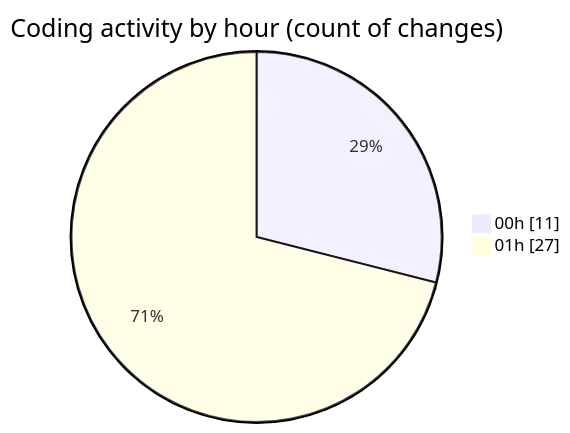
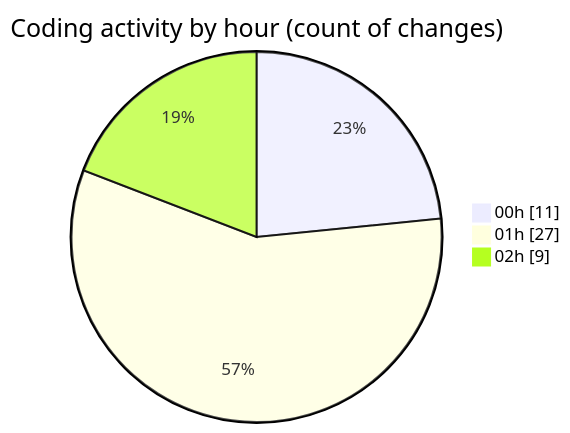
One commit to 3Nya3/code-tracking changed the second of 2 diagrams in 2025-01-02/mods/README.md. Above: the diagram before and after it, drawn with Mermaid. The commit also changed other lines of this file and 1 other file, not shown here.

````diff
--- a/2025-01-02/mods/README.md
+++ b/2025-01-02/mods/README.md
@@ -29,6 +31,7 @@
 ```mermaid
 pie showData
 title Coding activity by hour (count of changes)
 "00h" : 11
 "01h" : 27
+"02h" : 9
 ```
````
